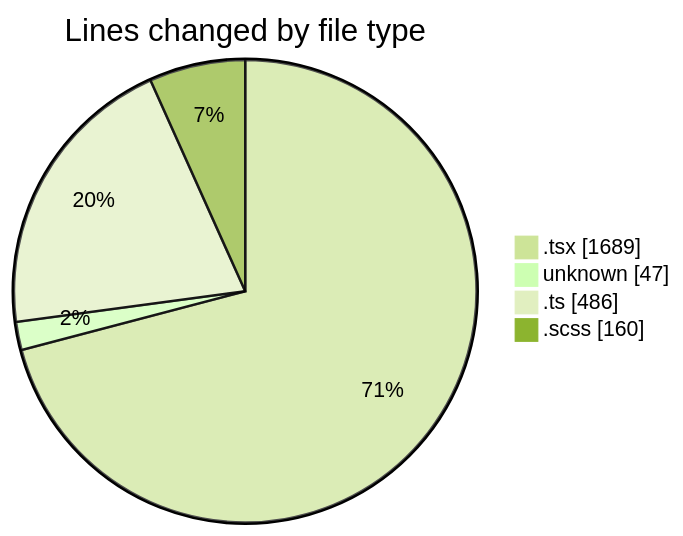
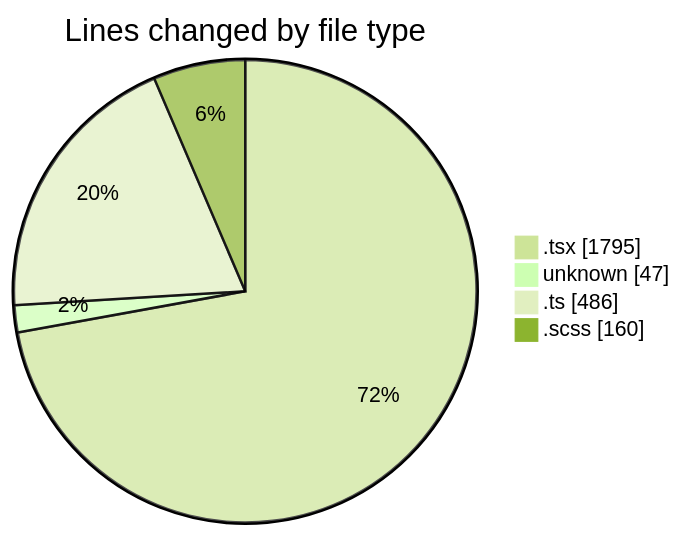
The first of 2 diagrams in 2025-09-18/cda/README.md (momahboobian/code-tracking), drawn with Mermaid (forest theme) before and after one commit. The commit also changed other lines of this file and 1 other file, not shown here.

````diff
--- a/2025-09-18/cda/README.md
+++ b/2025-09-18/cda/README.md
@@ -25,8 +25,8 @@
 ```mermaid
 pie showData
 title Lines changed by file type
-".tsx" : 1689
+".tsx" : 1795
 "unknown" : 47
 ".ts" : 486
 ".scss" : 160
 ```
````
